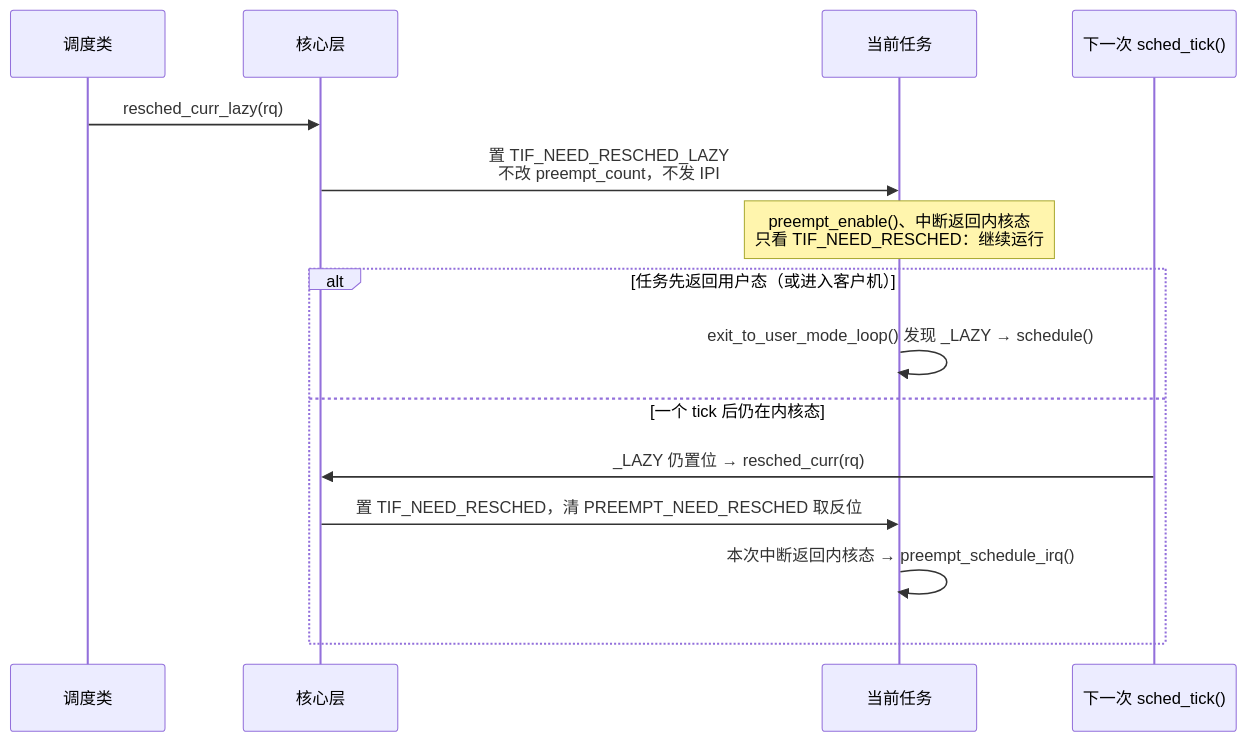
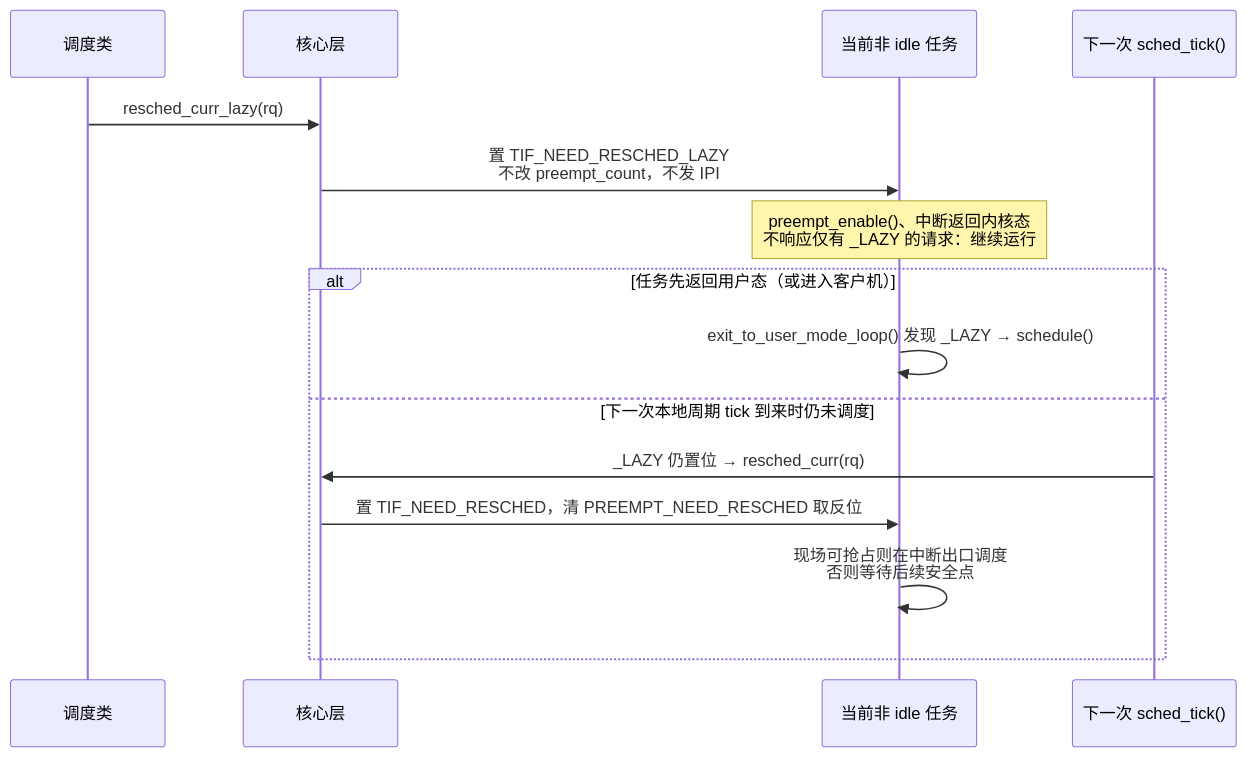
Before and after one commit to linuxperf/linux-study: the diagram in book/03-scheduler/05-tick-preempt.md, drawn with Mermaid. The commit also changed other lines of this file and 49 other files, not shown here.

````diff
--- a/book/03-scheduler/05-tick-preempt.md
+++ b/book/03-scheduler/05-tick-preempt.md
@@ -877,17 +903,17 @@
 ```mermaid
 sequenceDiagram
     participant C as 调度类
     participant K as 核心层
-    participant T as 当前任务
+    participant T as 当前非 idle 任务
     participant H as 下一次 sched_tick()
     C->>K: resched_curr_lazy(rq)
     K->>T: 置 TIF_NEED_RESCHED_LAZY<br/>不改 preempt_count，不发 IPI
-    Note over T: preempt_enable()、中断返回内核态<br/>只看 TIF_NEED_RESCHED：继续运行
+    Note over T: preempt_enable()、中断返回内核态<br/>不响应仅有 _LAZY 的请求：继续运行
     alt 任务先返回用户态（或进入客户机）
         T->>T: exit_to_user_mode_loop() 发现 _LAZY → schedule()
-    else 一个 tick 后仍在内核态
+    else 下一次本地周期 tick 到来时仍未调度
         H->>K: _LAZY 仍置位 → resched_curr(rq)
         K->>T: 置 TIF_NEED_RESCHED，清 PREEMPT_NEED_RESCHED 取反位
-        T->>T: 本次中断返回内核态 → preempt_schedule_irq()
+        T->>T: 现场可抢占则在中断出口调度<br/>否则等待后续安全点
     end
 ```
````
